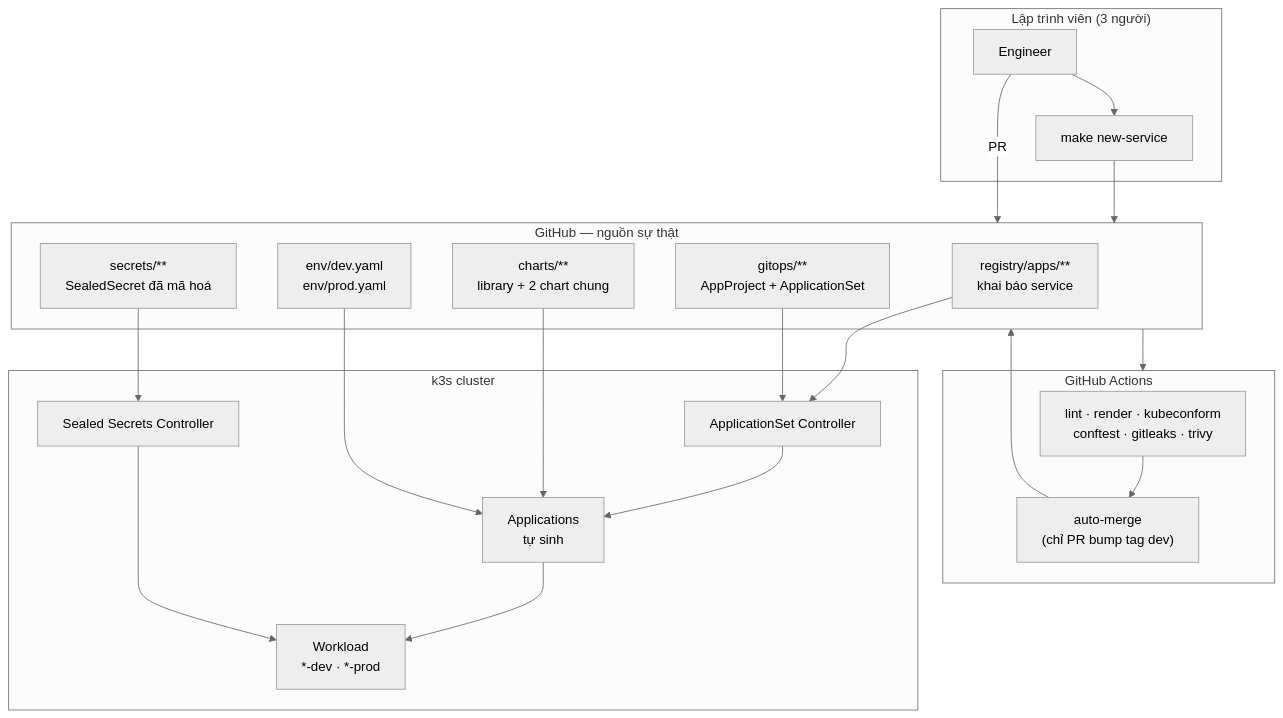
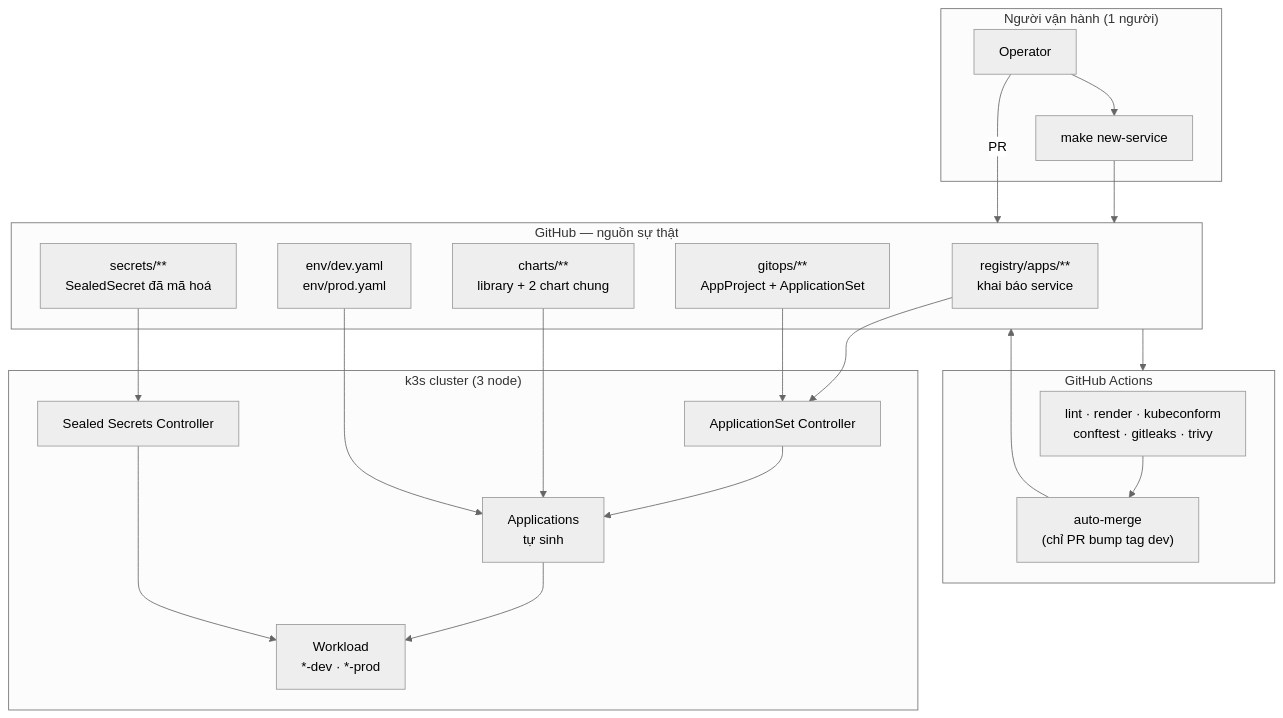
Before and after one commit to hunho247/HNQ-Infra: the first of 5 diagrams in docs/REFACTOR_PLAN.md, drawn with Mermaid (neutral theme). The commit also changed other lines of this file and 4 other files, not shown here.

````diff
--- a/docs/REFACTOR_PLAN.md
+++ b/docs/REFACTOR_PLAN.md
@@ -73,36 +80,36 @@
 ```mermaid
 flowchart TB
-  subgraph Dev["Lập trình viên (3 người)"]
-    ENG[Engineer]
+  subgraph Dev["Người vận hành (1 người)"]
+    ENG[Operator]
     CLI["make new-service"]
   end
 
   subgraph GH["GitHub — nguồn sự thật"]
     REG["registry/apps/**<br/>khai báo service"]
     CH["charts/**<br/>library + 2 chart chung"]
     ENVD["env/dev.yaml<br/>env/prod.yaml"]
     GOPS["gitops/**<br/>AppProject + ApplicationSet"]
     SEC["secrets/**<br/>SealedSecret đã mã hoá"]
   end
 
   subgraph CI["GitHub Actions"]
     V["lint · render · kubeconform<br/>conftest · gitleaks · trivy"]
     AM["auto-merge<br/>(chỉ PR bump tag dev)"]
   end
 
-  subgraph K["k3s cluster"]
+  subgraph K["k3s cluster (3 node)"]
     AS[ApplicationSet Controller]
     APP["Applications<br/>tự sinh"]
     SSC[Sealed Secrets Controller]
     WL["Workload<br/>*-dev · *-prod"]
   end
 
   ENG --> CLI --> GH
   ENG -->|PR| GH
   GH --> CI
   V --> AM --> GH
 
   REG & GOPS --> AS --> APP --> WL
   CH & ENVD --> APP
   SEC --> SSC --> WL
 ```
````
